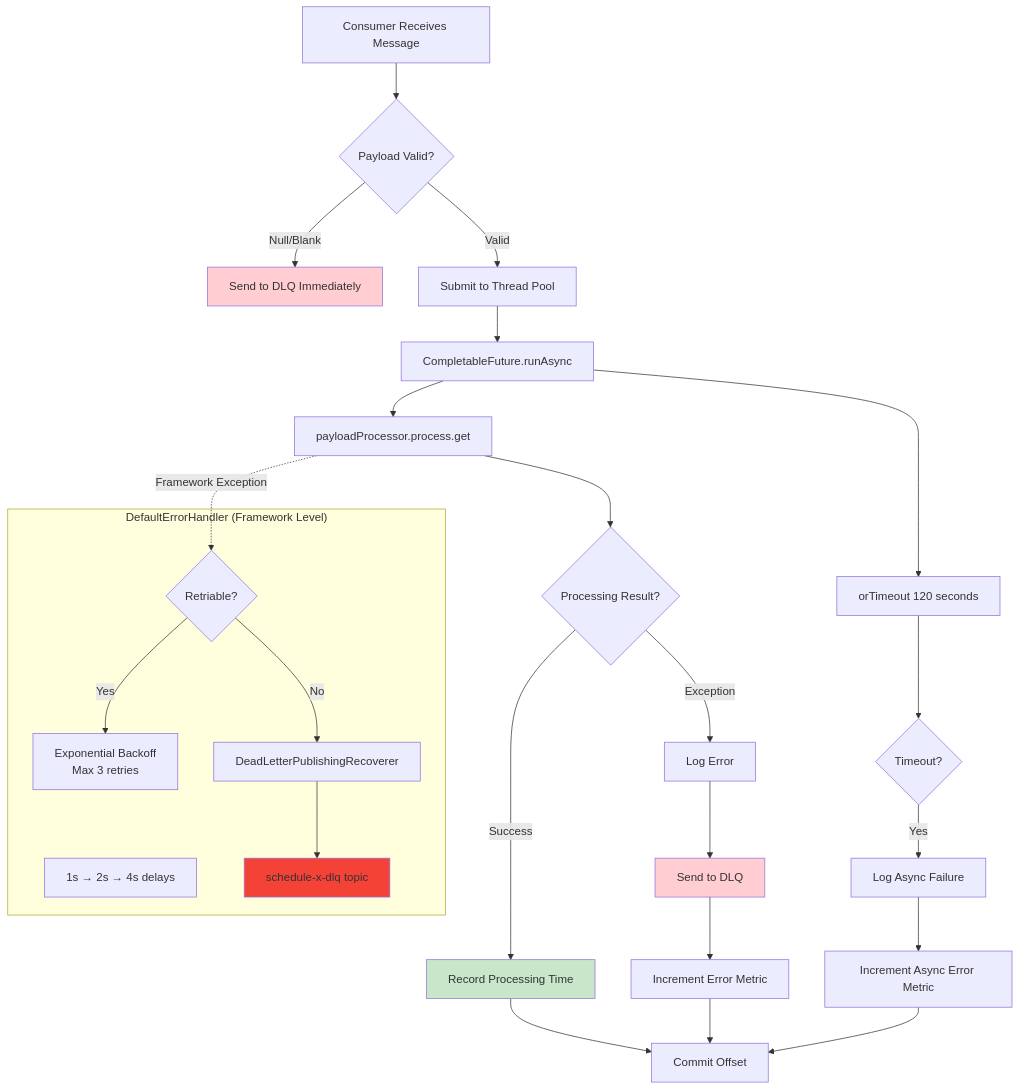
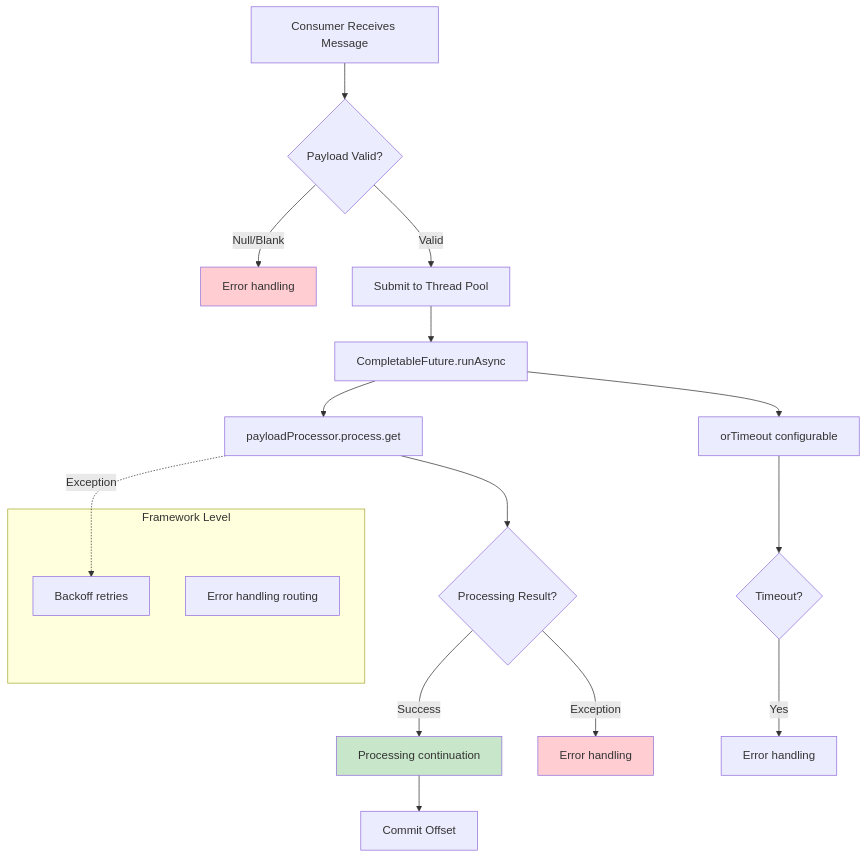
Diagram 15 of 27 in docs/Low Level Designs/NodesImport.md (kagit00/schedule_x), drawn with Mermaid before and after one commit. The commit also changed other lines of this file and 7 other files, not shown here.

````diff
--- a/docs/Low Level Designs/NodesImport.md
+++ b/docs/Low Level Designs/NodesImport.md
@@ -763,44 +665,33 @@
 ```mermaid
 flowchart TD
     A[Consumer Receives Message] --> B{Payload Valid?}
     
-    B -->|Null/Blank| C[Send to DLQ Immediately]
+    B -->|Null/Blank| C[Error handling]
     B -->|Valid| D[Submit to Thread Pool]
     
     D --> E[CompletableFuture.runAsync]
     E --> F[payloadProcessor.process.get]
     
     F --> G{Processing Result?}
     
-    G -->|Success| H[Record Processing Time]
-    G -->|Exception| I[Log Error]
+    G -->|Success| H[Processing continuation]
+    G -->|Exception| I[Error handling]
     
-    I --> J[Send to DLQ]
-    J --> K[Increment Error Metric]
-    
-    E --> L[orTimeout 120 seconds]
+    E --> L[orTimeout configurable]
     L --> M{Timeout?}
     
-    M -->|Yes| N[Log Async Failure]
-    N --> O[Increment Async Error Metric]
+    M -->|Yes| N[Error handling]
     
     H --> P[Commit Offset]
-    K --> P
-    O --> P
     
-    subgraph "DefaultErrorHandler (Framework Level)"
-        Q[Exponential Backoff<br/>Max 3 retries]
-        R[1s → 2s → 4s delays]
-        S{Retriable?}
-        S -->|Yes| Q
-        S -->|No| T[DeadLetterPublishingRecoverer]
-        T --> U[schedule-x-dlq topic]
+    subgraph "Framework Level"
+        Q[Backoff retries]
+        R[Error handling routing]
     end
     
-    F -.->|Framework Exception| S
+    F -.->|Exception| Q
     
     style C fill:#FFCDD2
-    style J fill:#FFCDD2
-    style U fill:#F44336
+    style I fill:#FFCDD2
     style H fill:#C8E6C9
 ```
````
